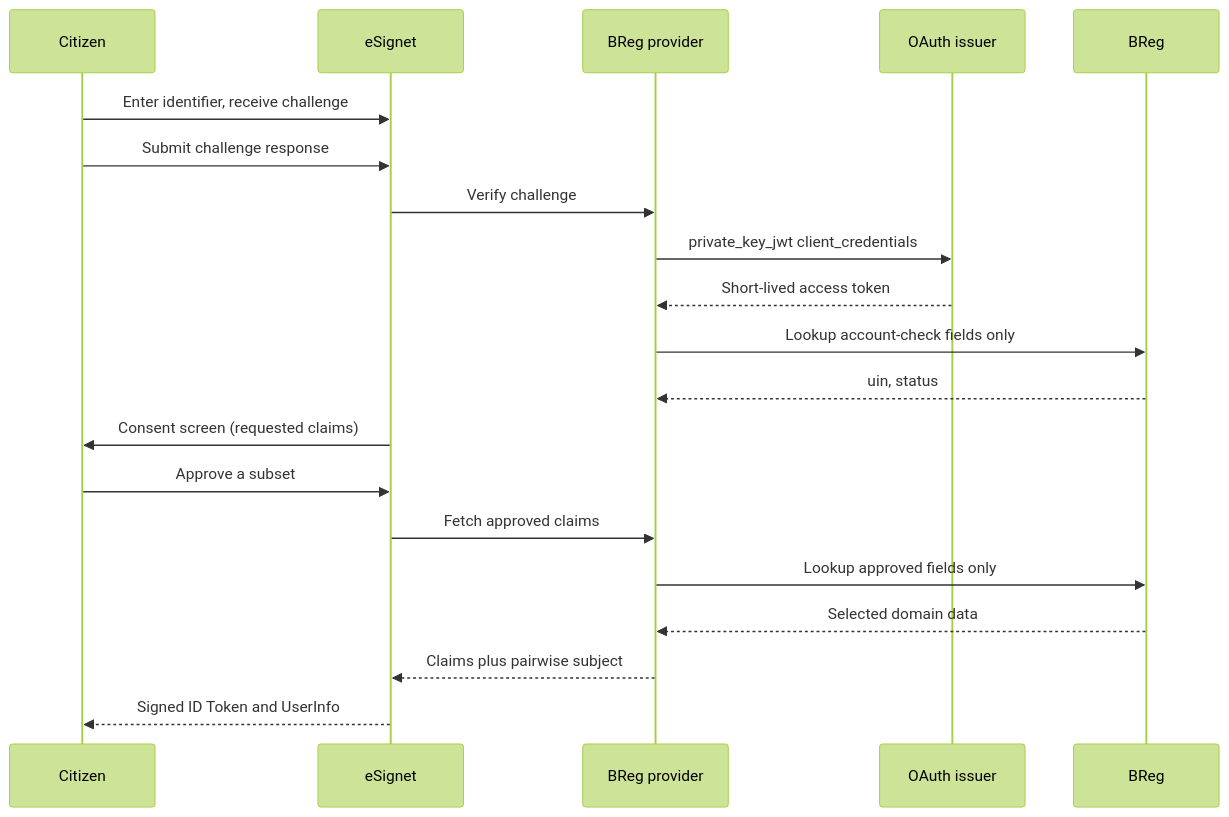
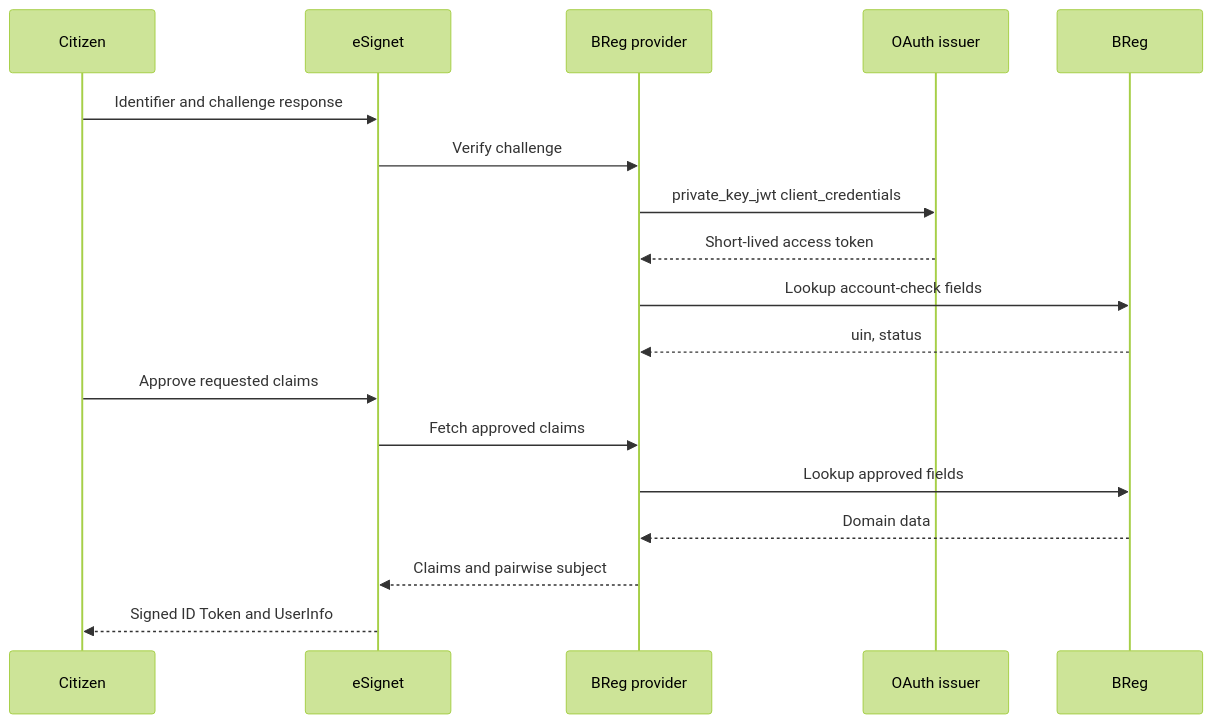
The diagram in docs/site/src/content/docs/explanation/esignet-authentication-over-breg.mdx (registrystack/registry-stack), drawn with Mermaid (forest theme) before and after one commit. The commit also changed other lines of this file and 41 other files, not shown here.

````diff
--- a/docs/site/src/content/docs/explanation/esignet-authentication-over-breg.mdx
+++ b/docs/site/src/content/docs/explanation/esignet-authentication-over-breg.mdx
@@ -54,23 +37,21 @@
 ```mermaid
 sequenceDiagram
     participant C as Citizen
     participant E as eSignet
     participant P as BReg provider
     participant I as OAuth issuer
     participant B as BReg
 
-    C->>E: Enter identifier, receive challenge
-    C->>E: Submit challenge response
+    C->>E: Identifier and challenge response
     E->>P: Verify challenge
     P->>I: private_key_jwt client_credentials
     I-->>P: Short-lived access token
-    P->>B: Lookup account-check fields only
+    P->>B: Lookup account-check fields
     B-->>P: uin, status
-    E->>C: Consent screen (requested claims)
-    C->>E: Approve a subset
+    C->>E: Approve requested claims
     E->>P: Fetch approved claims
-    P->>B: Lookup approved fields only
-    B-->>P: Selected domain data
-    P-->>E: Claims plus pairwise subject
+    P->>B: Lookup approved fields
+    B-->>P: Domain data
+    P-->>E: Claims and pairwise subject
     E-->>C: Signed ID Token and UserInfo
 ```
````
